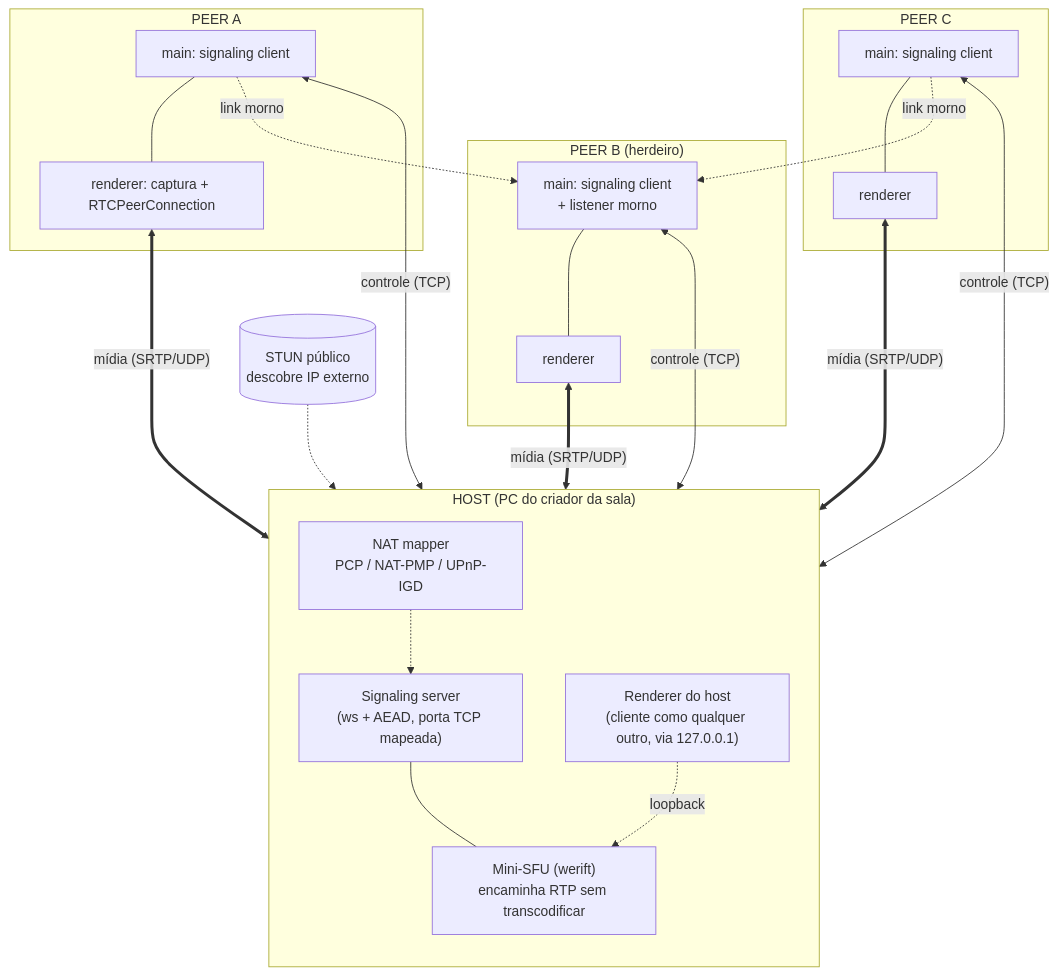
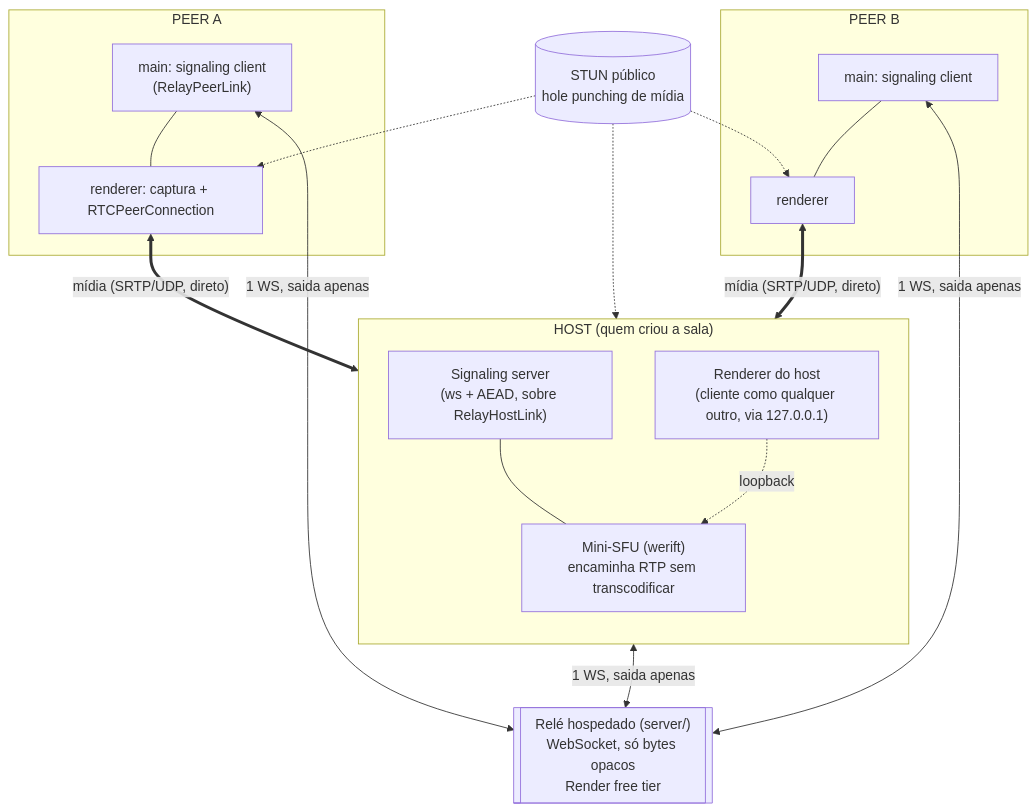
The first of 5 diagrams in docs/DESIGN.md (pedrooplx/screen-sharing), drawn with Mermaid before and after one commit. The commit also changed other lines of this file and 39 other files, not shown here.

````diff
--- a/docs/DESIGN.md
+++ b/docs/DESIGN.md
@@ -82,42 +132,35 @@
 ```mermaid
 flowchart TB
-    subgraph HOST["HOST (PC do criador da sala)"]
+    RELAY[["Relé hospedado (server/)<br/>WebSocket, só bytes opacos<br/>Render free tier"]]
+
+    subgraph HOST["HOST (quem criou a sala)"]
         direction TB
-        WSS["Signaling server<br/>(ws + AEAD, porta TCP mapeada)"]
+        WSS["Signaling server<br/>(ws + AEAD, sobre RelayHostLink)"]
         SFU["Mini-SFU (werift)<br/>encaminha RTP sem transcodificar"]
-        NAT["NAT mapper<br/>PCP / NAT-PMP / UPnP-IGD"]
         HUI["Renderer do host<br/>(cliente como qualquer outro, via 127.0.0.1)"]
         WSS --- SFU
-        NAT -.-> WSS
         HUI -.->|loopback| SFU
     end
 
     subgraph P1["PEER A"]
-        A1["main: signaling client"]
+        A1["main: signaling client<br/>(RelayPeerLink)"]
         A2["renderer: captura + RTCPeerConnection"]
         A1 --- A2
     end
-    subgraph P2["PEER B (herdeiro)"]
-        B1["main: signaling client<br/>+ listener morno"]
+    subgraph P2["PEER B"]
+        B1["main: signaling client"]
         B2["renderer"]
         B1 --- B2
     end
-    subgraph P3["PEER C"]
-        C1["main: signaling client"]
-        C2["renderer"]
-        C1 --- C2
-    end
 
-    A1 <-->|"controle (TCP)"| WSS
-    B1 <-->|"controle (TCP)"| WSS
-    C1 <-->|"controle (TCP)"| WSS
+    WSS <-->|"1 WS, saida apenas"| RELAY
+    A1 <-->|"1 WS, saida apenas"| RELAY
+    B1 <-->|"1 WS, saida apenas"| RELAY
 
-    A2 <==>|"mídia (SRTP/UDP)"| SFU
-    B2 <==>|"mídia (SRTP/UDP)"| SFU
-    C2 <==>|"mídia (SRTP/UDP)"| SFU
+    A2 <==>|"mídia (SRTP/UDP, direto)"| SFU
+    B2 <==>|"mídia (SRTP/UDP, direto)"| SFU
 
-    A1 -.->|"link morno"| B1
-    C1 -.->|"link morno"| B1
-
-    STUN[("STUN público<br/>descobre IP externo")] -.-> NAT
+    STUN[("STUN público<br/>hole punching de mídia")] -.-> A2
+    STUN -.-> B2
+    STUN -.-> SFU
 ```
````
